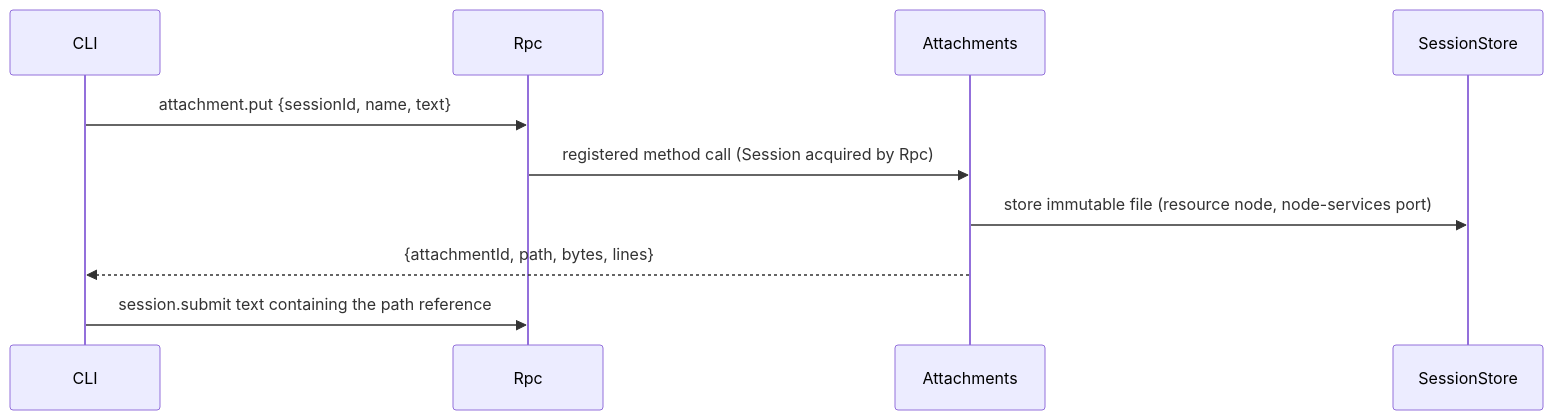
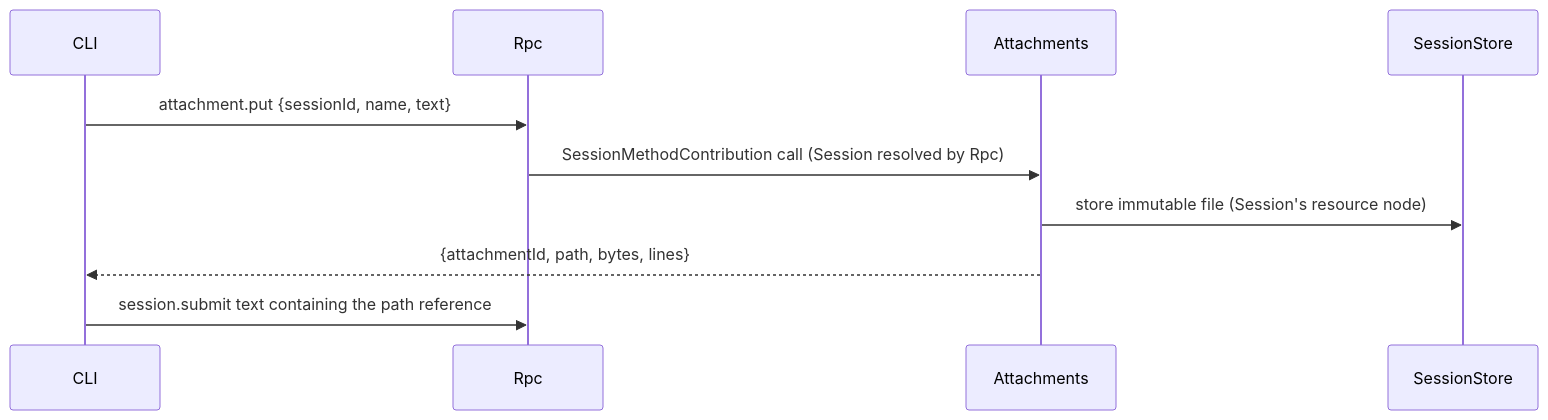
The fourth of 4 diagrams in docs/design/plugins/Attachments.md (CoutinhoTTS/dim-agent), drawn with Mermaid before and after one commit. The commit also changed other lines of this file and 3 other files, not shown here.

````diff
--- a/docs/design/plugins/Attachments.md
+++ b/docs/design/plugins/Attachments.md
@@ -80,12 +77,12 @@
 ```mermaid
 sequenceDiagram
   participant C as CLI
   participant R as Rpc
   participant A as Attachments
   participant SS as SessionStore
   C->>R: attachment.put {sessionId, name, text}
-  R->>A: registered method call (Session acquired by Rpc)
-  A->>SS: store immutable file (resource node, node-services port)
+  R->>A: SessionMethodContribution call (Session resolved by Rpc)
+  A->>SS: store immutable file (Session's resource node)
   A-->>C: {attachmentId, path, bytes, lines}
   C->>R: session.submit text containing the path reference
 ```
````
